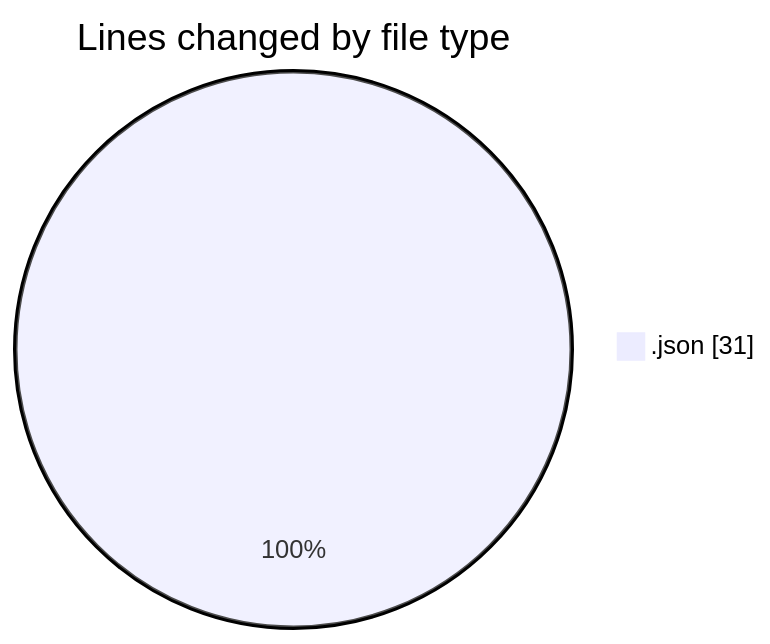
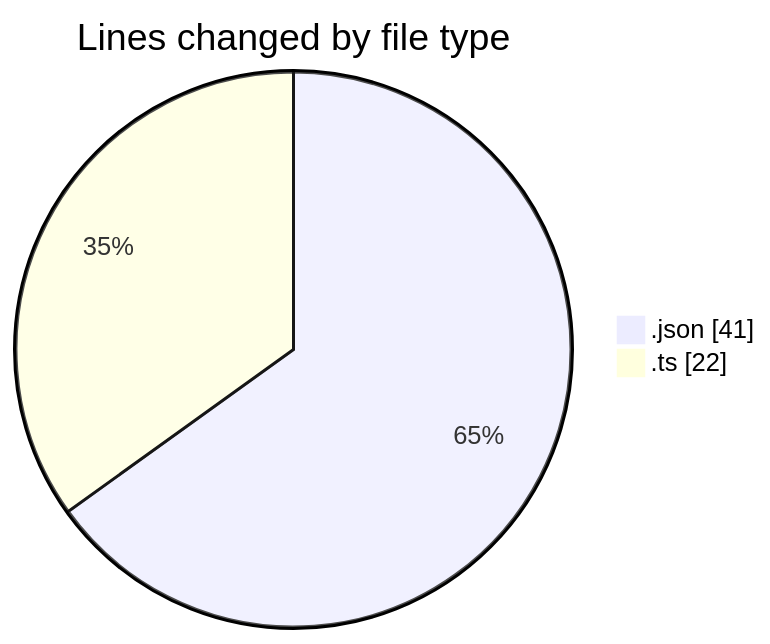
The first of 2 diagrams in 2025-05-22/expensetracker/README.md (Ritupan-Deka/code-tracking), drawn with Mermaid before and after one commit. The commit also changed other lines of this file and 1 other file, not shown here.

````diff
--- a/2025-05-22/expensetracker/README.md
+++ b/2025-05-22/expensetracker/README.md
@@ -20,5 +22,6 @@
 ```mermaid
 pie showData
 title Lines changed by file type
-".json" : 31
+".json" : 41
+".ts" : 22
 ```
````
